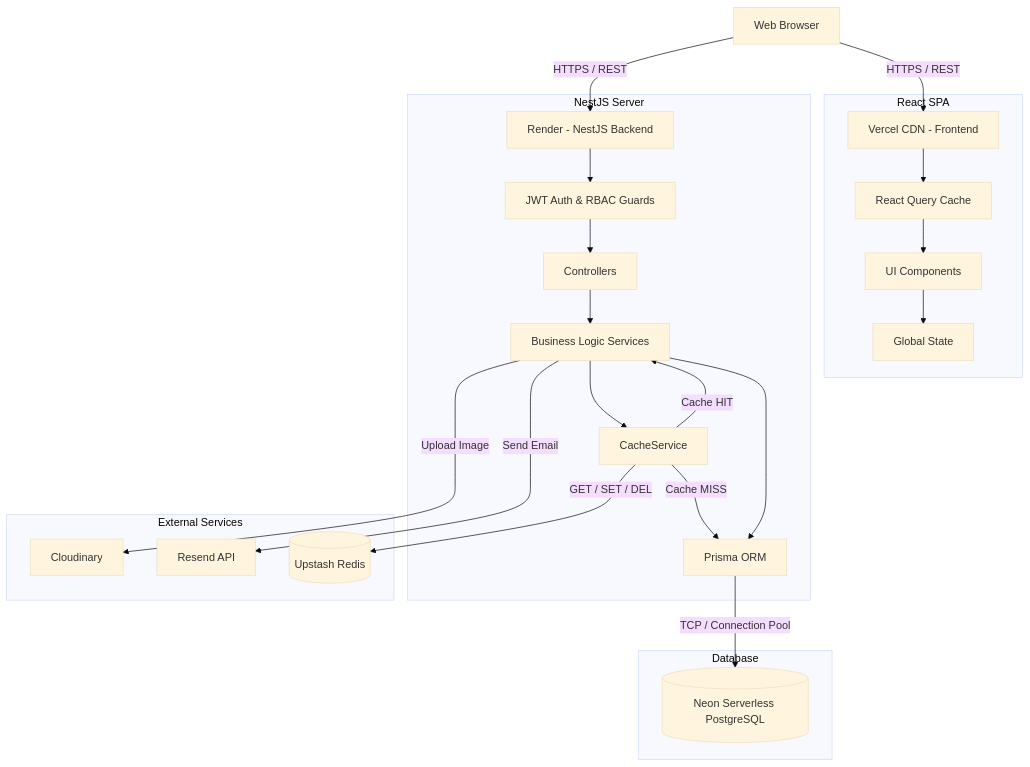
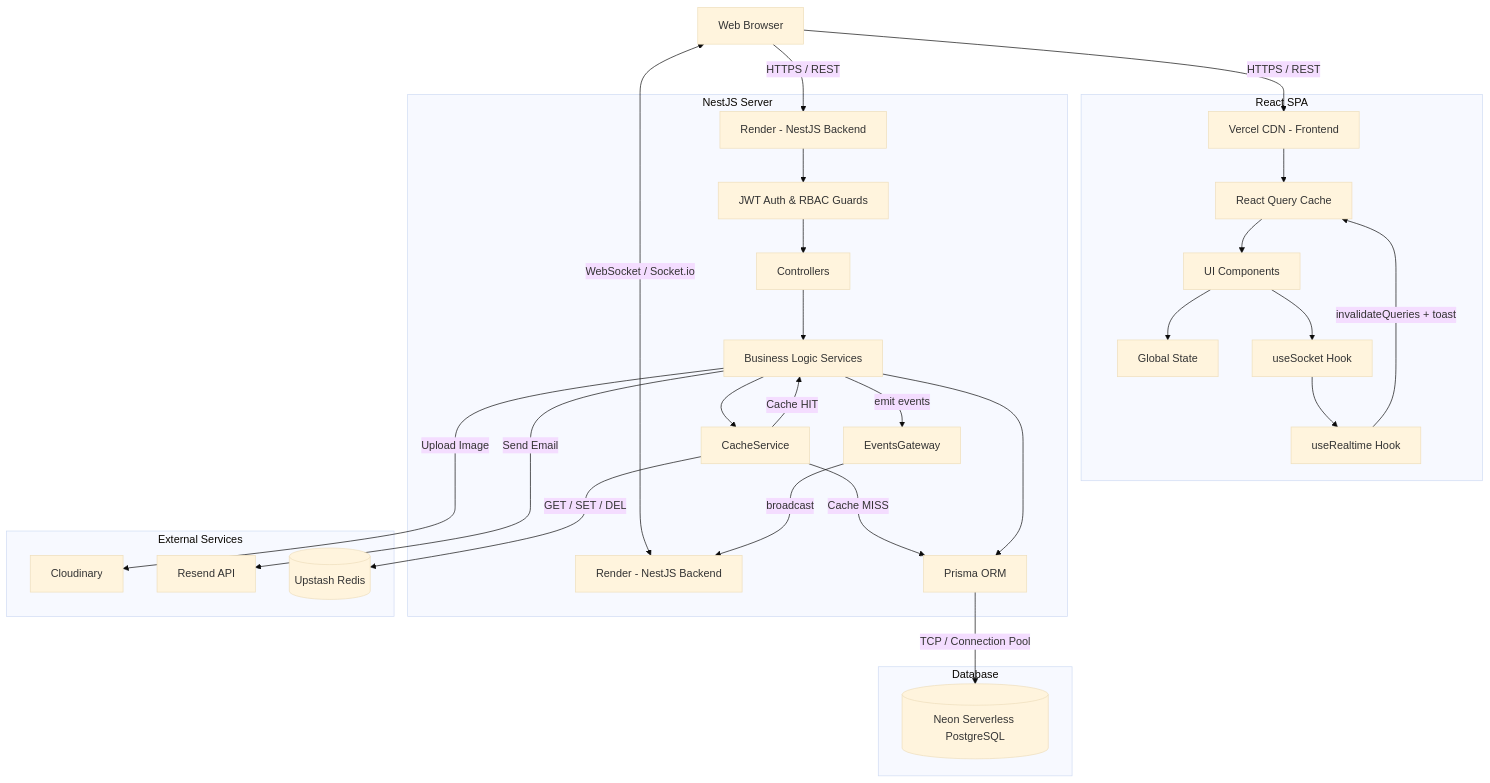
Before and after one commit to DatPHP/crm-system-2026: the first of 5 diagrams in README.md, drawn with Mermaid (base theme). The commit also changed other lines of this file, not shown here.

Commit message:
Update web Socketin structure

````diff
--- a/README.md
+++ b/README.md
@@ -82,31 +85,37 @@
 ```mermaid
 graph TD
     Client[Web Browser] -->|HTTPS / REST| CDN[Vercel CDN - Frontend]
     Client -->|HTTPS / REST| API[Render - NestJS Backend]
+    Client <-->|WebSocket / Socket.io| WS[Render - NestJS Backend]
 
     subgraph Frontend [React SPA]
         CDN --> ReactQuery[React Query Cache]
         ReactQuery --> Components[UI Components]
         Components --> Zustand[Global State]
+        Components --> useSocket[useSocket Hook]
+        useSocket --> useRealtime[useRealtime Hook]
+        useRealtime -->|invalidateQueries + toast| ReactQuery
     end
 
     subgraph Backend [NestJS Server]
         API --> Guards[JWT Auth & RBAC Guards]
         Guards --> Controllers[Controllers]
         Controllers --> Services[Business Logic Services]
         Services --> Cache[CacheService]
         Cache -->|Cache HIT| Services
         Cache -->|Cache MISS| Prisma[Prisma ORM]
         Services --> Prisma
+        Services -->|emit events| Gateway[EventsGateway]
+        Gateway -->|broadcast| WS
     end
 
     subgraph External Services
         Services -->|Upload Image| Cloudinary[Cloudinary]
         Services -->|Send Email| Resend[Resend API]
         Cache -->|GET / SET / DEL| Redis[(Upstash Redis)]
     end
 
     subgraph Database
         Prisma -->|TCP / Connection Pool| DB[(Neon Serverless PostgreSQL)]
     end
 ```
````
